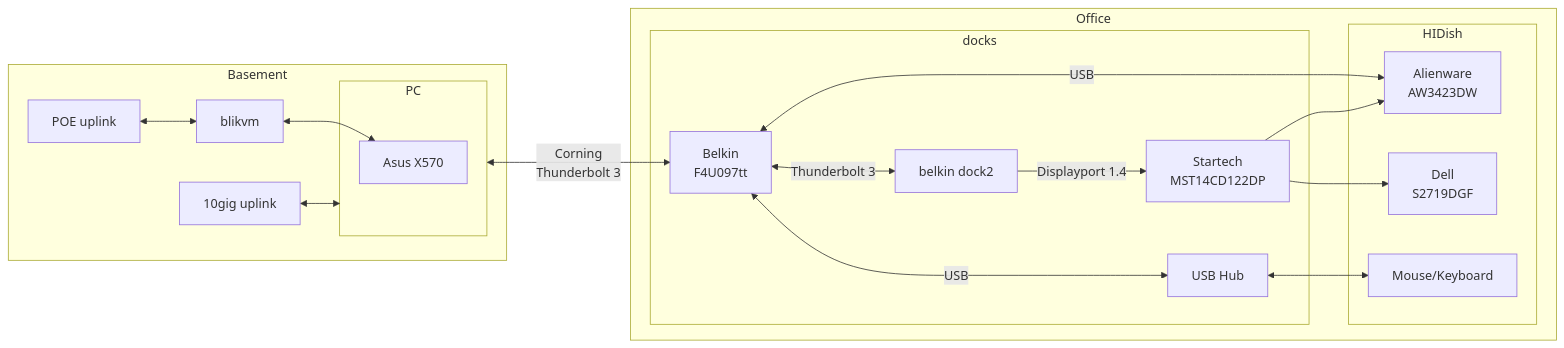
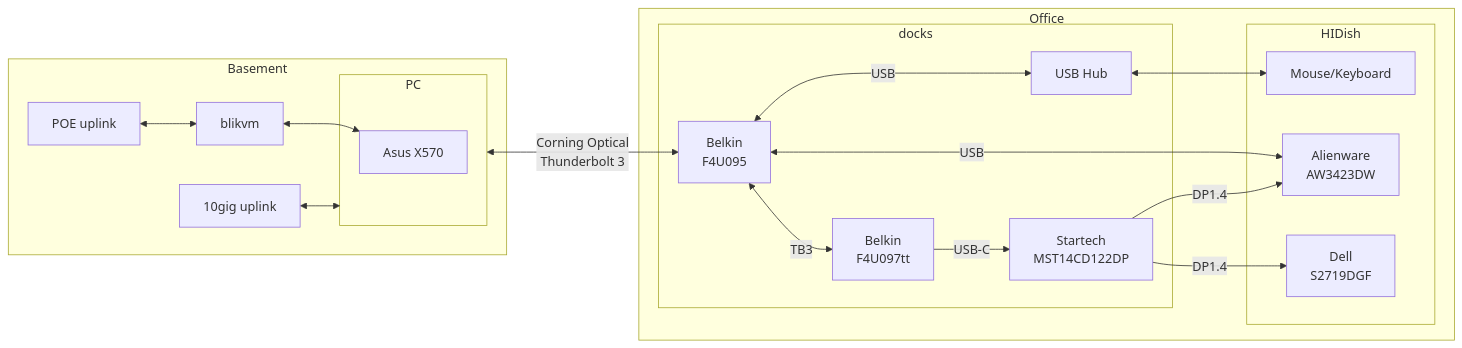
The diagram in source/_drafts/desktop-migration.md (waflint/wflint-blog), drawn with Mermaid before and after one commit. The commit also changed other lines of this file, not shown here.

```diff
--- a/source/_drafts/desktop-migration.md
+++ b/source/_drafts/desktop-migration.md
@@ -108,24 +115,23 @@
 {% mermaid flowchart LR %}
     subgraph basement [Basement]
         I[10gig uplink] <--> PC
         J[POE uplink] <--> kvm["blikvm"]
         kvm <--> s
         subgraph PC [PC]
             s["Asus X570"]
         end
     end
     subgraph office [Office]
         subgraph docks
-            PC <--> |"Corning\nThunderbolt 3"|hub1["Belkin\nF4U097tt"]
-            hub1 <-->|"Thunderbolt 3"|hub2["belkin dock2"]
-            hub2 --> |"Displayport 1.4"|MST["Startech\nMST14CD122DP"]
+            PC <--> |"Corning Optical\nThunderbolt 3"|hub1["Belkin\nF4U095"]
+            hub1 <-->|"TB3"|hub2["Belkin\nF4U097tt"]
+            hub2 --> |"USB-C"|MST["Startech\nMST14CD122DP"]
             hub1 <-->|"USB"|usbhub["USB Hub"]
         end
         subgraph HIDish
+            usbhub <--> Mouse/Keyboard
             hub1 <-->|"USB"|monitor1
-            MST --> monitor1["Alienware\nAW3423DW"]
-            MST --> monitor2["Dell\nS2719DGF"]
-            usbhub <--> Mouse/Keyboard
+            MST --> |"DP1.4"|monitor1["Alienware\nAW3423DW"] & monitor2["Dell\nS2719DGF"]
         end
     end
 {% endmermaid %}
```
